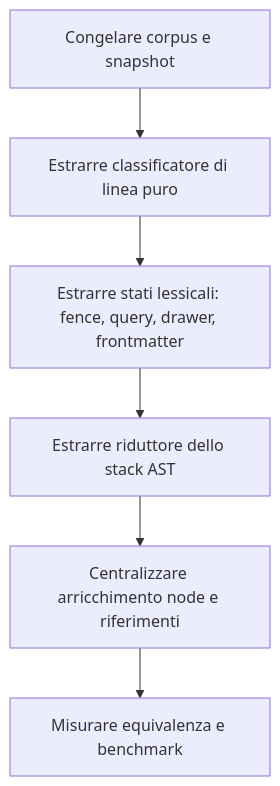
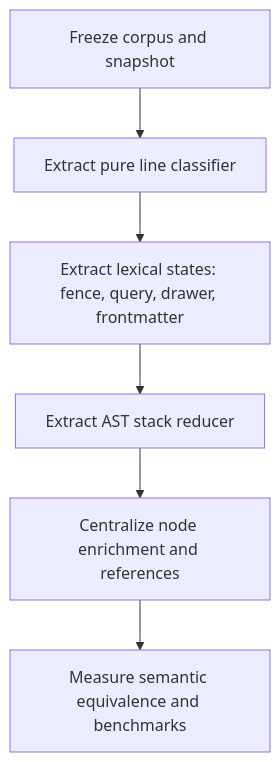
One commit to MarcoPorcellato/logseq-matryca-parser changed the third of 4 diagrams in docs/REPOSITORY_IMPROVEMENT_STUDY_2026-07-28.md. Above: the diagram before and after it, drawn with Mermaid. The commit also changed other lines of this file and 27 other files, not shown here.

````diff
--- a/docs/REPOSITORY_IMPROVEMENT_STUDY_2026-07-28.md
+++ b/docs/REPOSITORY_IMPROVEMENT_STUDY_2026-07-28.md
@@ -344,8 +343,8 @@
 ```mermaid
 flowchart TD
-    A["Congelare corpus e snapshot"] --> B["Estrarre classificatore di linea puro"]
-    B --> C["Estrarre stati lessicali: fence, query, drawer, frontmatter"]
-    C --> D["Estrarre riduttore dello stack AST"]
-    D --> E["Centralizzare arricchimento node e riferimenti"]
-    E --> F["Misurare equivalenza e benchmark"]
+    A["Freeze corpus and snapshot"] --> B["Extract pure line classifier"]
+    B --> C["Extract lexical states: fence, query, drawer, frontmatter"]
+    C --> D["Extract AST stack reducer"]
+    D --> E["Centralize node enrichment and references"]
+    E --> F["Measure semantic equivalence and benchmarks"]
 ```
````
